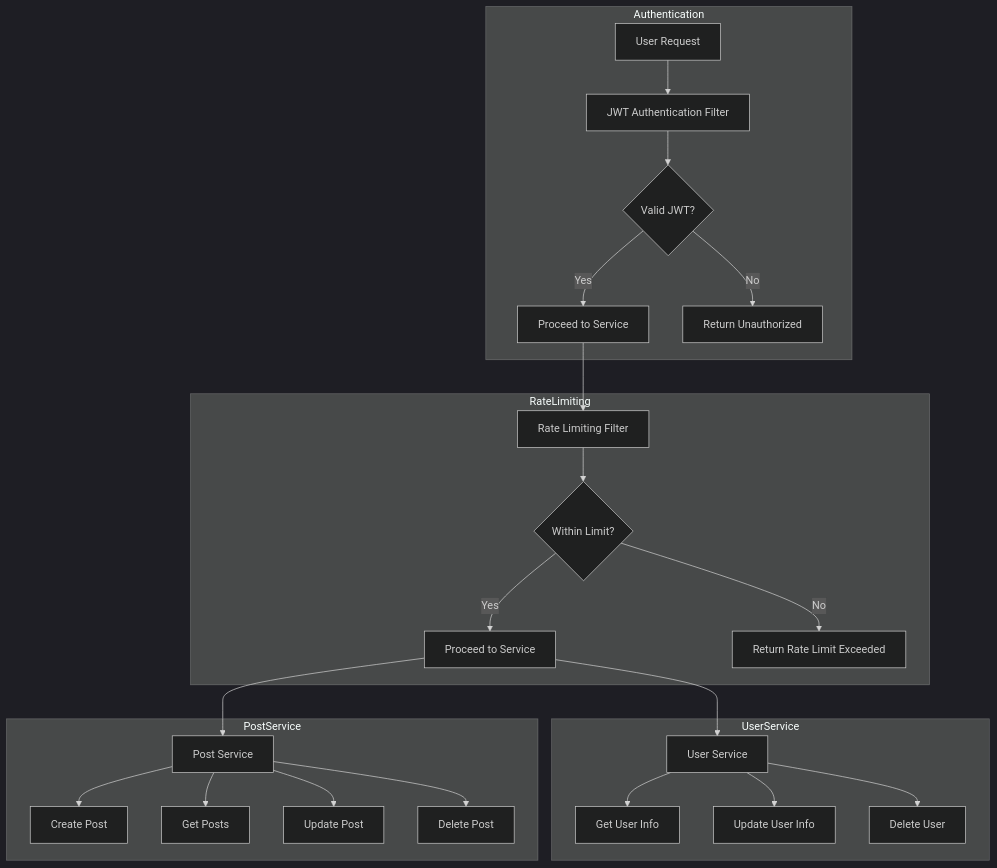
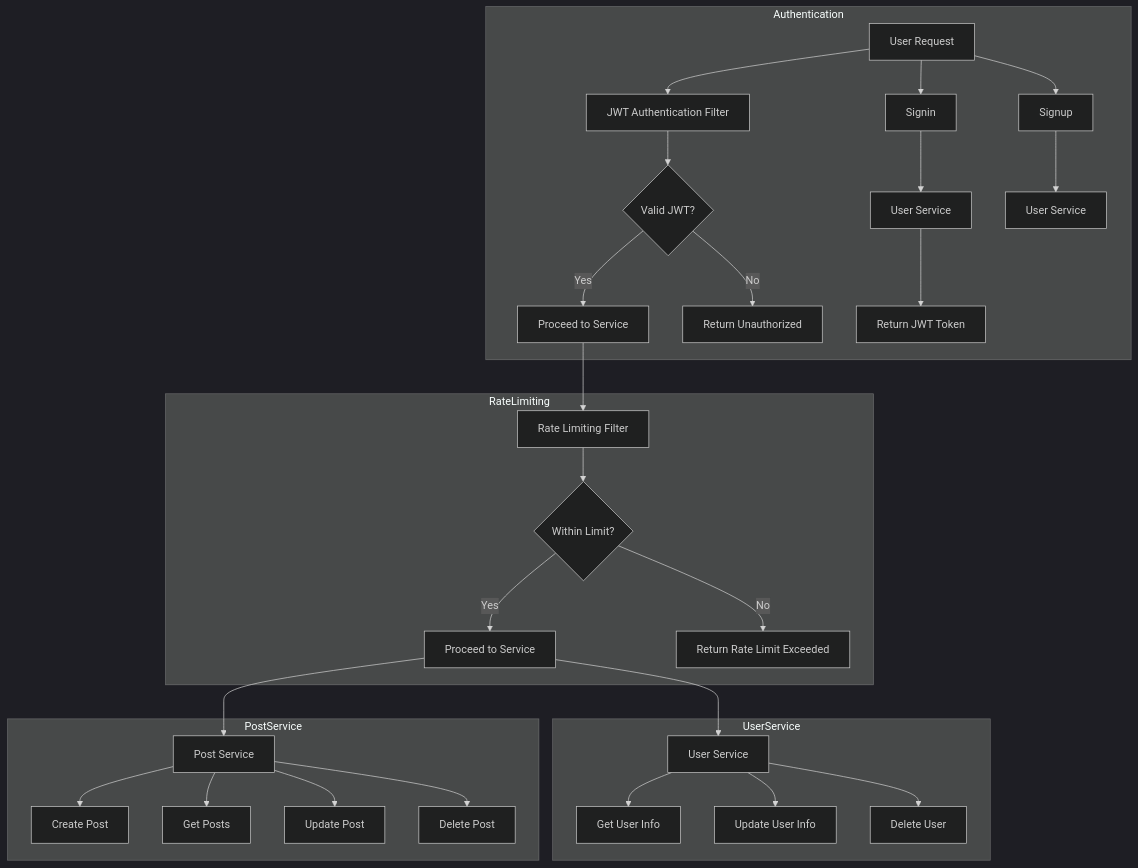
The diagram in Flow Diagram.md (namruthaharikumar/BuddyLink), drawn with Mermaid (dark theme) before and after one commit. The commit also changed 23 other files, not shown here.

````diff
--- a/Flow Diagram.md
+++ b/Flow Diagram.md
@@ -1,31 +1,36 @@
 ```mermaid
 flowchart TD
-subgraph Authentication
-A[User Request] --> B[JWT Authentication Filter]
-B --> C{Valid JWT?}
-C -- Yes --> D[Proceed to Service]
-C -- No --> E[Return Unauthorized]
-end
+    subgraph Authentication
+        A[User Request] --> B[JWT Authentication Filter]
+        B --> C{Valid JWT?}
+        C -- Yes --> D[Proceed to Service]
+        C -- No --> E[Return Unauthorized]
+        A --> F[Signup]
+        A --> G[Signin]
+        G --> H[User Service]
+        H --> I[Return JWT Token]
+        F --> J[User Service]
+    end
 
     subgraph RateLimiting
-        D --> F[Rate Limiting Filter]
-        F --> G{Within Limit?}
-        G -- Yes --> H[Proceed to Service]
-        G -- No --> I[Return Rate Limit Exceeded]
+        D --> K[Rate Limiting Filter]
+        K --> L{Within Limit?}
+        L -- Yes --> M[Proceed to Service]
+        L -- No --> N[Return Rate Limit Exceeded]
     end
 
     subgraph UserService
-        H --> J[User Service]
-        J --> K[Get User Info]
-        J --> L[Update User Info]
-        J --> M[Delete User]
+        M --> O[User Service]
+        O --> P[Get User Info]
+        O --> Q[Update User Info]
+        O --> R[Delete User]
     end
 
     subgraph PostService
-        H --> N[Post Service]
-        N --> O[Create Post]
-        N --> P[Get Posts]
-        N --> Q[Update Post]
-        N --> R[Delete Post]
+        M --> S[Post Service]
+        S --> T[Create Post]
+        S --> U[Get Posts]
+        S --> V[Update Post]
+        S --> W[Delete Post]
     end
 ```
````
